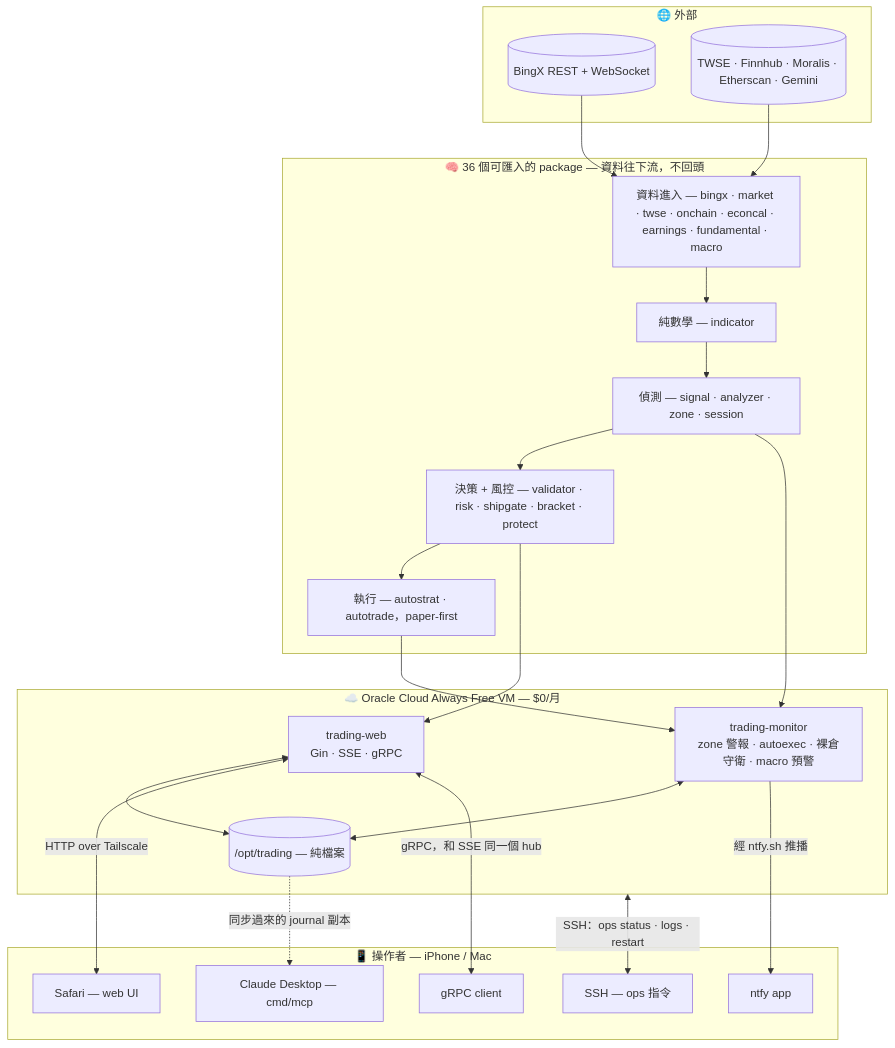
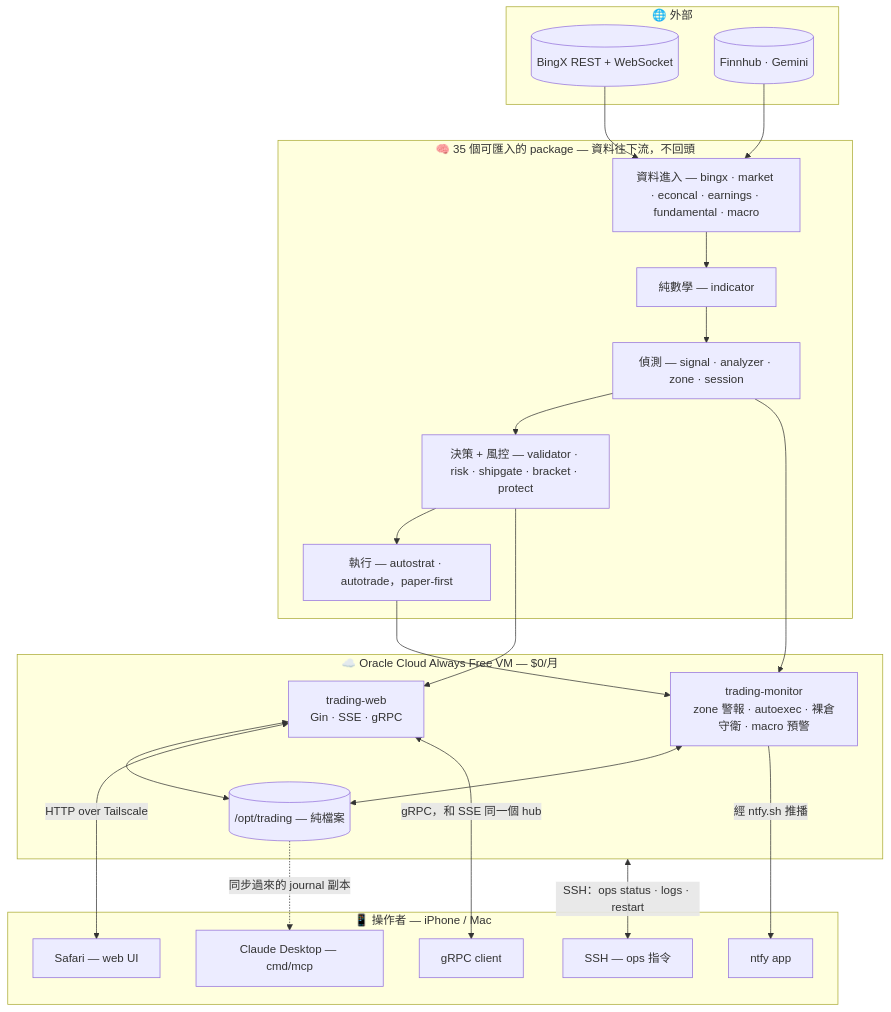
The first of 4 diagrams in README.zh-TW.md (henry190927/trading-bot), drawn with Mermaid before and after one commit. The commit also changed other lines of this file and 23 other files, not shown here.

````diff
--- a/README.zh-TW.md
+++ b/README.zh-TW.md
@@ -38,43 +38,43 @@
 ```mermaid
 flowchart TB
     subgraph External["🌐 外部"]
         bx[(BingX REST + WebSocket)]
-        others[(TWSE · Finnhub · Moralis · Etherscan · Gemini)]
+        others[(Finnhub · Gemini)]
     end
 
-    subgraph Core["🧠 36 個可匯入的 package — 資料往下流，不回頭"]
-        datain["資料進入 — bingx · market · twse · onchain · econcal · earnings · fundamental · macro"]
+    subgraph Core["🧠 35 個可匯入的 package — 資料往下流，不回頭"]
+        datain["資料進入 — bingx · market · econcal · earnings · fundamental · macro"]
         math["純數學 — indicator"]
         detect["偵測 — signal · analyzer · zone · session"]
         decide["決策 + 風控 — validator · risk · shipgate · bracket · protect"]
         exec["執行 — autostrat · autotrade，paper-first"]
         datain --> math --> detect --> decide --> exec
     end
 
     subgraph VPS["☁️ Oracle Cloud Always Free VM — $0/月"]
         web["trading-web<br/>Gin · SSE · gRPC"]
         monitor["trading-monitor<br/>zone 警報 · autoexec · 裸倉守衛 · macro 預警"]
         store[("/opt/trading — 純檔案")]
     end
 
     subgraph Edge["📱 操作者 — iPhone / Mac"]
         push["ntfy app"]
         safari["Safari — web UI"]
         sshc["SSH — ops 指令"]
         grpcc["gRPC client"]
         claude["Claude Desktop — cmd/mcp"]
     end
 
     bx --> datain
     others --> datain
     detect --> monitor
     exec --> monitor
     decide --> web
     web <--> store
     monitor <--> store
     monitor -->|"經 ntfy.sh 推播"| push
     web <-->|HTTP over Tailscale| safari
     web <-->|"gRPC，和 SSE 同一個 hub"| grpcc
     VPS <-->|"SSH：ops status · logs · restart"| sshc
     store -.->|同步過來的 journal 副本| claude
 ```
````
